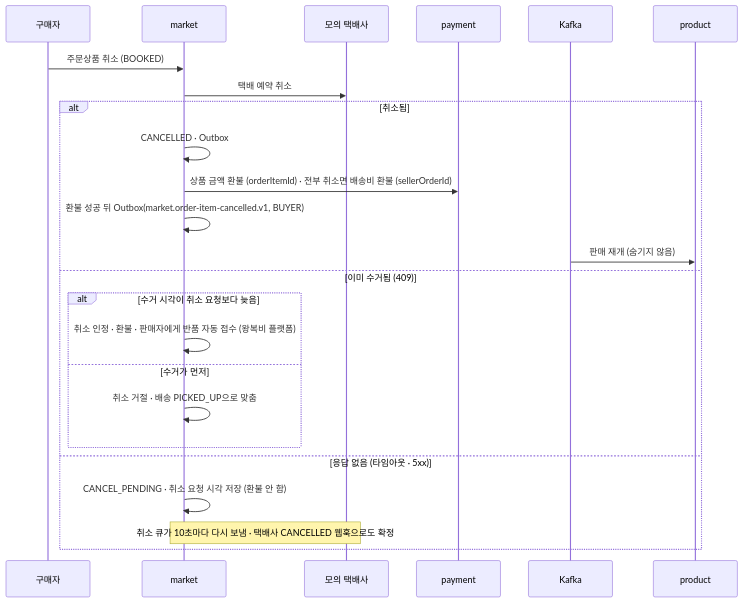
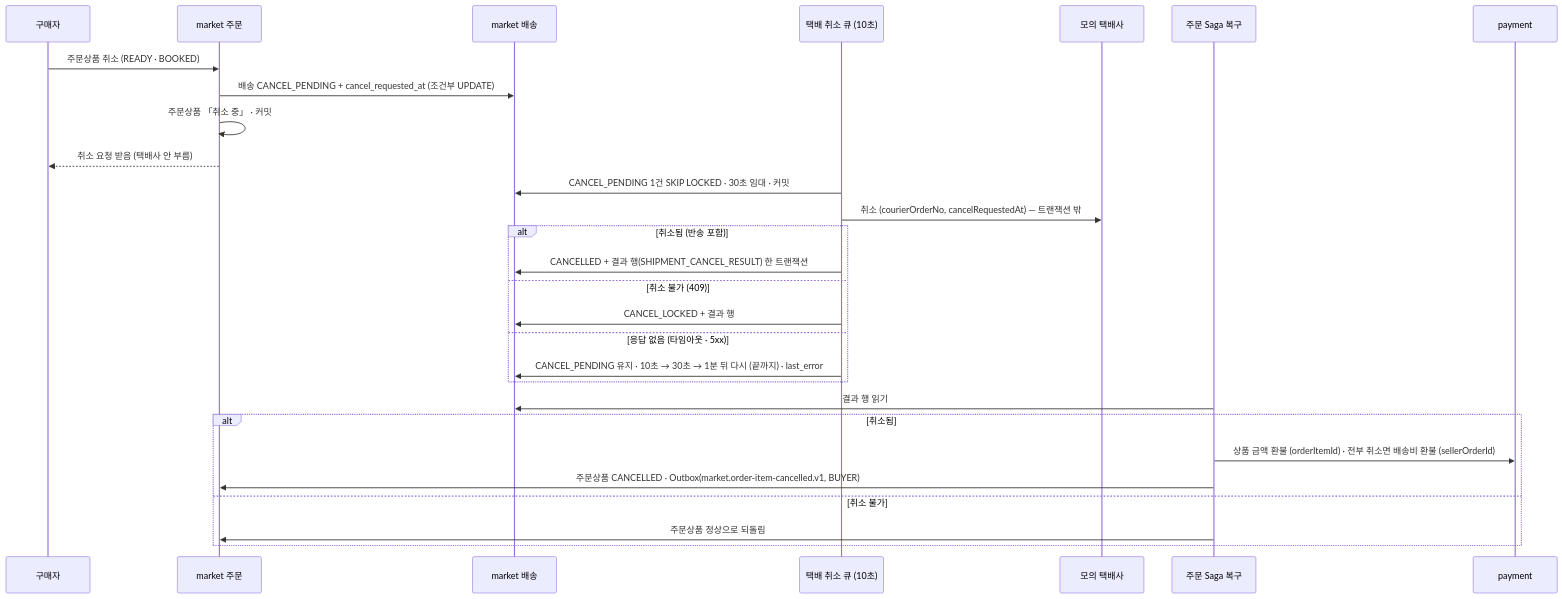
Before and after one commit to prgrms-be-adv-devcourse/beadv8_8_JustCommit_BE: the diagram in docs/flows/cancel-refund.md, drawn with Mermaid. The commit also changed other lines of this file and 5 other files, not shown here.

````diff
--- a/docs/flows/cancel-refund.md
+++ b/docs/flows/cancel-refund.md
@@ -15,26 +27,30 @@
 ```mermaid
 sequenceDiagram
     participant U as 구매자
-    participant M as market
+    participant M as market 주문
+    participant S as market 배송
+    participant Q as 택배 취소 큐 (10초)
     participant C as 모의 택배사
+    participant G as 주문 Saga 복구
     participant P as payment
-    participant K as Kafka
-    participant PR as product
-    U->>M: 주문상품 취소 (BOOKED)
-    M->>C: 택배 예약 취소
+    U->>M: 주문상품 취소 (READY · BOOKED)
+    M->>S: 배송 CANCEL_PENDING + cancel_requested_at (조건부 UPDATE)
+    M->>M: 주문상품 「취소 중」 · 커밋
+    M-->>U: 취소 요청 받음 (택배사 안 부름)
+    Q->>S: CANCEL_PENDING 1건 SKIP LOCKED · 30초 임대 · 커밋
+    Q->>C: 취소 (courierOrderNo, cancelRequestedAt) — 트랜잭션 밖
+    alt 취소됨 (반송 포함)
+        Q->>S: CANCELLED + 결과 행(SHIPMENT_CANCEL_RESULT) 한 트랜잭션
+    else 취소 불가 (409)
+        Q->>S: CANCEL_LOCKED + 결과 행
+    else 응답 없음 (타임아웃 · 5xx)
+        Q->>S: CANCEL_PENDING 유지 · 10초 → 30초 → 1분 뒤 다시 (끝까지) · last_error
+    end
+    G->>S: 결과 행 읽기
     alt 취소됨
-        M->>M: CANCELLED · Outbox
-        M->>P: 상품 금액 환불 (orderItemId) · 전부 취소면 배송비 환불 (sellerOrderId)
-        M->>M: 환불 성공 뒤 Outbox(market.order-item-cancelled.v1, BUYER)
-        K->>PR: 판매 재개 (숨기지 않음)
-    else 이미 수거됨 (409)
-        alt 수거 시각이 취소 요청보다 늦음
-            M->>M: 취소 인정 · 환불 · 판매자에게 반품 자동 접수 (왕복비 플랫폼)
-        else 수거가 먼저
-            M->>M: 취소 거절 · 배송 PICKED_UP으로 맞춤
-        end
-    else 응답 없음 (타임아웃 · 5xx)
-        M->>M: CANCEL_PENDING · 취소 요청 시각 저장 (환불 안 함)
-        Note over M,C: 취소 큐가 10초마다 다시 보냄 · 택배사 CANCELLED 웹훅으로도 확정
+        G->>P: 상품 금액 환불 (orderItemId) · 전부 취소면 배송비 환불 (sellerOrderId)
+        G->>M: 주문상품 CANCELLED · Outbox(market.order-item-cancelled.v1, BUYER)
+    else 취소 불가
+        G->>M: 주문상품 정상으로 되돌림
     end
 ```
````
